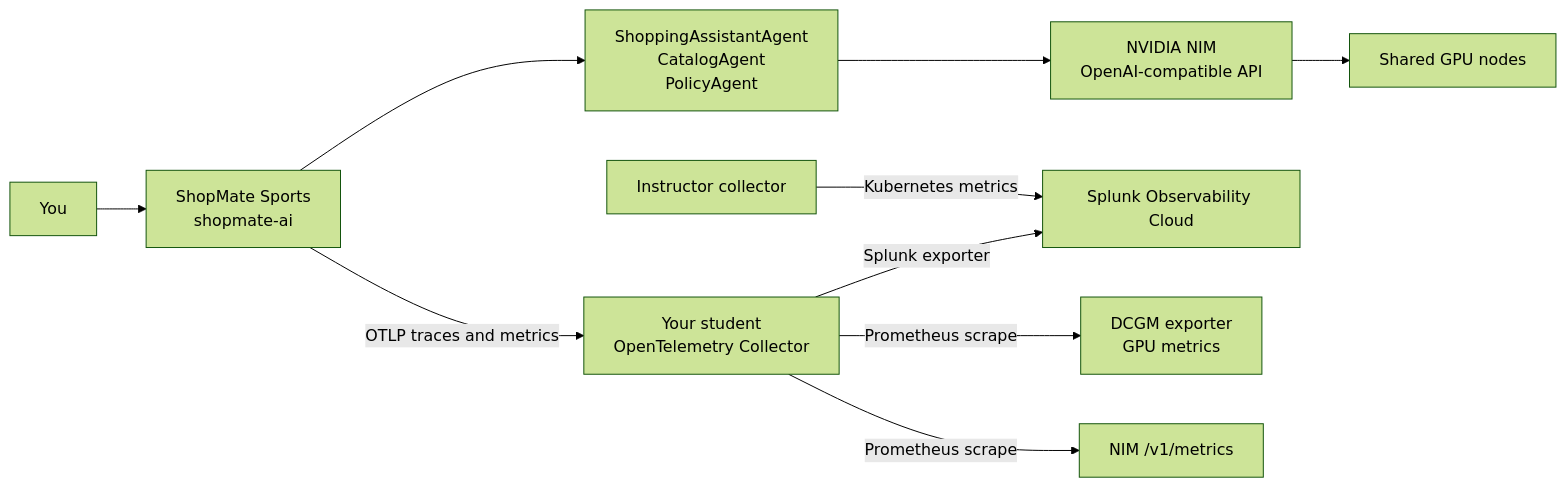
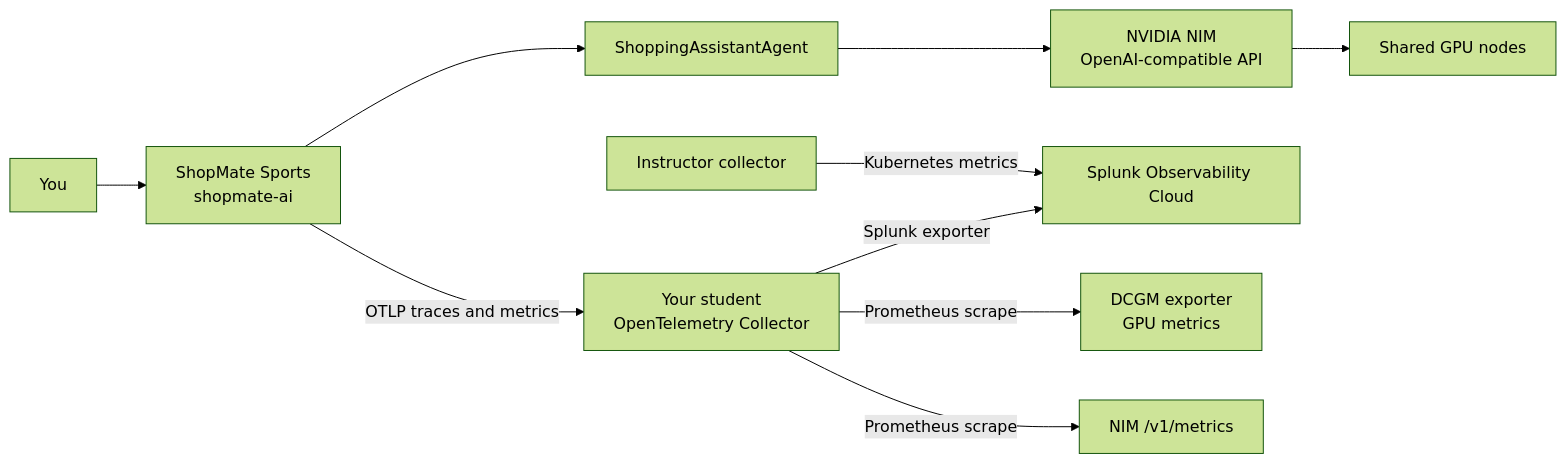
Before and after one commit to marciokugler/clus-shopmate-exercises: the diagram in workshop/data-journey.md, drawn with Mermaid (forest theme). The commit also changed other lines of this file and 75 other files, not shown here.

````diff
--- a/workshop/data-journey.md
+++ b/workshop/data-journey.md
@@ -13,14 +13,14 @@
 ```mermaid
 flowchart LR
   User["You"] --> App["ShopMate Sports\nshopmate-ai"]
-  App --> Agents["ShoppingAssistantAgent\nCatalogAgent\nPolicyAgent"]
-  Agents --> NIM["NVIDIA NIM\nOpenAI-compatible API"]
+  App --> Assistant["ShoppingAssistantAgent"]
+  Assistant --> NIM["NVIDIA NIM\nOpenAI-compatible API"]
   NIM --> GPU["Shared GPU nodes"]
 
   App -->|OTLP traces and metrics| Collector["Your student\nOpenTelemetry Collector"]
   Collector -->|Splunk exporter| Splunk["Splunk Observability Cloud"]
 
   Collector -->|Prometheus scrape| DCGM["DCGM exporter\nGPU metrics"]
   Collector -->|Prometheus scrape| NIMMetrics["NIM /v1/metrics"]
   PlatformCollector["Instructor collector"] -->|Kubernetes metrics| Splunk
 ```
````
